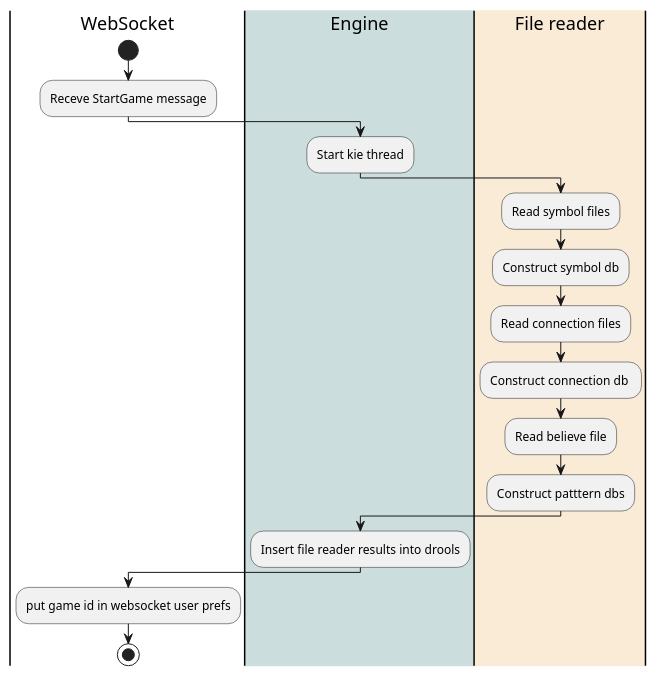
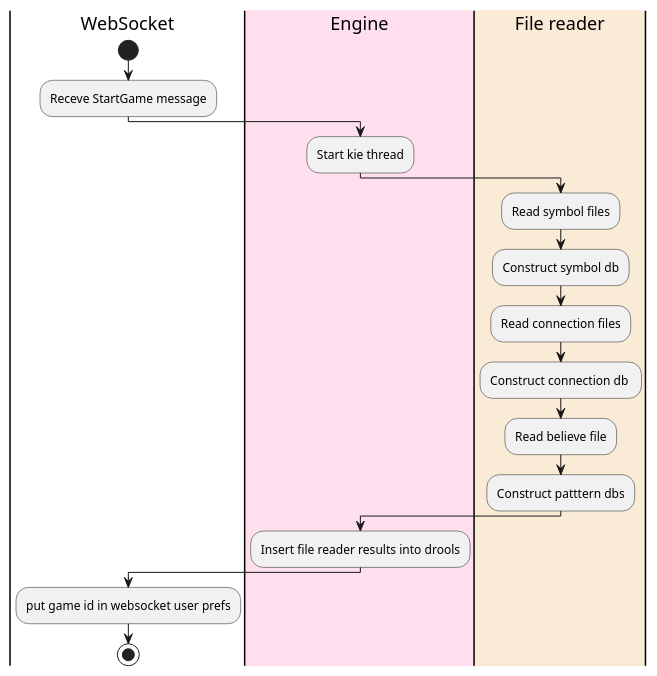
One commit to jappeace/methods-homework changed diagram 18 of 26 in thesis/thesis.org. Above: the diagram before and after it, drawn with PlantUML. The commit also changed other lines of this file, not shown here.

Commit message:
Offline notes for architecture chapter finished

```diff
--- a/thesis/thesis.org
+++ b/thesis/thesis.org
@@ -3470,19 +3477,19 @@
 #+BEGIN_SRC plantuml :cache yes :file img/uml/initjung.png :exports results
   |WebSocket|
   start
   :Receve StartGame message;
-  |#CCDDDD|Engine|
+  |#FFDEEE|Engine|
   :Start kie thread;
   |#AntiqueWhite|File reader|
   :Read symbol files;
   :Construct symbol db;
   :Read connection files;
   :Construct connection db ;
   :Read believe file;
   :Construct patttern dbs;
-  |#CCDDDD|Engine|
+  |#FFDEEE|Engine|
   :Insert file reader results into drools;
   |WebSocket|
   :put game id in websocket user prefs;
   stop
 #+END_SRC
```
